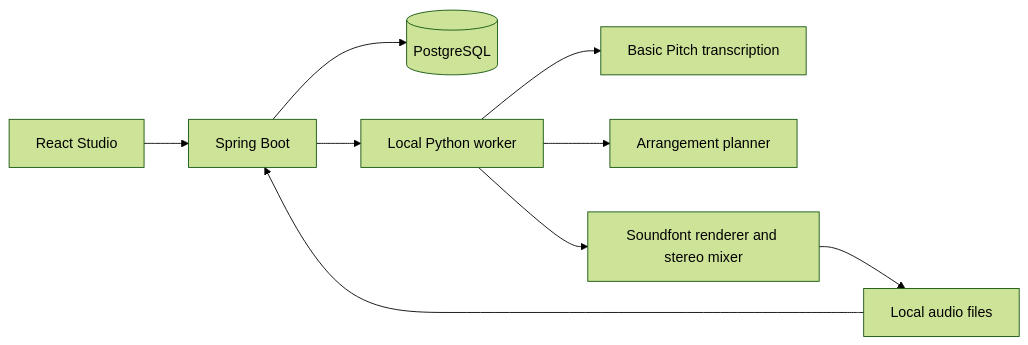
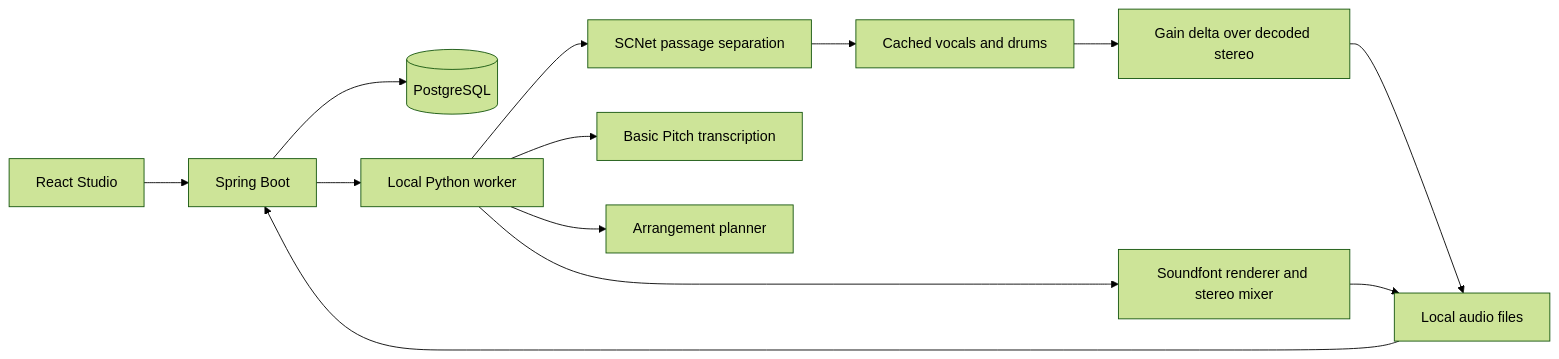
Before and after one commit to ogngnaoh/djound: the diagram in guide/architecture.md, drawn with Mermaid (forest theme). The commit also changed other lines of this file and 16 other files, not shown here.

````diff
--- a/guide/architecture.md
+++ b/guide/architecture.md
@@ -5,11 +5,15 @@
 ```mermaid
 flowchart LR
     Studio[React Studio] --> API[Spring Boot]
     API --> DB[(PostgreSQL)]
     API --> Worker[Local Python worker]
+    Worker --> SCNet[SCNet passage separation]
+    SCNet --> Estimates[Cached vocals and drums]
+    Estimates --> Delta[Gain delta over decoded stereo]
+    Delta --> Media
     Worker --> Notes[Basic Pitch transcription]
     Worker --> Plan[Arrangement planner]
     Worker --> Render[Soundfont renderer and stereo mixer]
     Render --> Media[Local audio files]
     Media --> API
 ```
````
